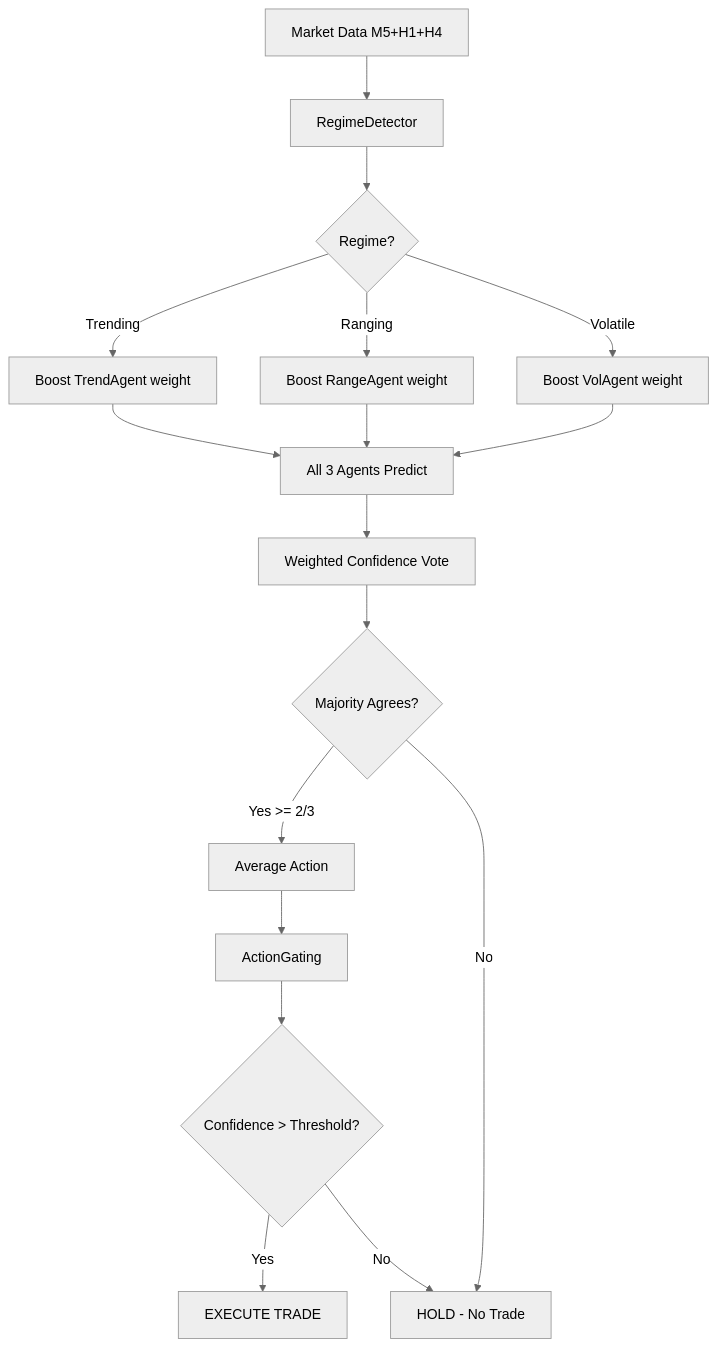
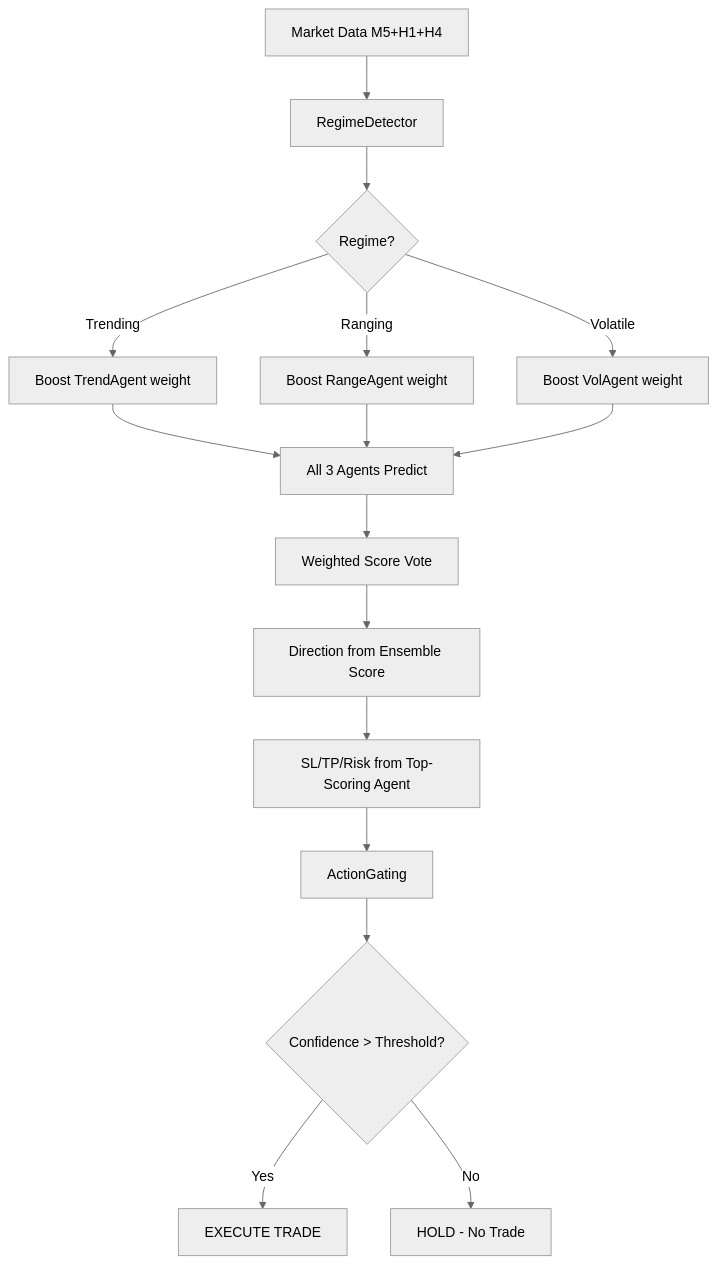
The diagram in docs/SPRINT_5_ENSEMBLE_DESIGN.md (nguyenvu1892/RabitPropfim), drawn with Mermaid (neutral theme) before and after one commit. The commit also changed other lines of this file, not shown here.

Commit message:
docs: Fix ensemble pseudo-code -- score-based voting, top-agent SL/TP

````diff
--- a/docs/SPRINT_5_ENSEMBLE_DESIGN.md
+++ b/docs/SPRINT_5_ENSEMBLE_DESIGN.md
@@ -223,17 +222,16 @@
 ```mermaid
 flowchart TD
     A[Market Data M5+H1+H4] --> B[RegimeDetector]
     B --> C{Regime?}
     C -->|Trending| D[Boost TrendAgent weight]
     C -->|Ranging| E[Boost RangeAgent weight]
     C -->|Volatile| F[Boost VolAgent weight]
     D & E & F --> G[All 3 Agents Predict]
-    G --> H[Weighted Confidence Vote]
-    H --> I{Majority Agrees?}
-    I -->|Yes >= 2/3| J[Average Action]
-    I -->|No| K[HOLD - No Trade]
+    G --> H[Weighted Score Vote]
+    H --> I[Direction from Ensemble Score]
+    I --> J[SL/TP/Risk from Top-Scoring Agent]
     J --> L[ActionGating]
     L --> M{Confidence > Threshold?}
     M -->|Yes| N[EXECUTE TRADE]
-    M -->|No| K
+    M -->|No| K[HOLD - No Trade]
 ```
````
